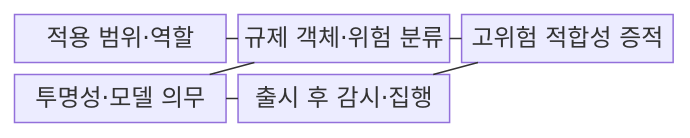
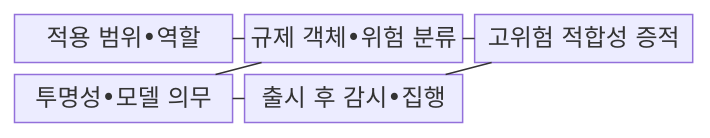
Before and after one commit to agnusdei1207/knowledge-base: the first of 2 diagrams in src/content/docs/notes/08-latest-tech/101_eu_ai_act.md, drawn with Mermaid. The commit also changed other lines of this file and 953 other files, not shown here.

````diff
--- a/src/content/docs/notes/08-latest-tech/101_eu_ai_act.md
+++ b/src/content/docs/notes/08-latest-tech/101_eu_ai_act.md
@@ -70,14 +70,14 @@
 ```mermaid
 block-beta
   columns 3
-  A["적용 범위·역할"]
-  B["규제 객체·위험 분류"]
+  A["적용 범위•역할"]
+  B["규제 객체•위험 분류"]
   C["고위험 적합성 증적"]
-  D["투명성·모델 의무"]
-  E["출시 후 감시·집행"]
+  D["투명성•모델 의무"]
+  E["출시 후 감시•집행"]
   A --- B
   B --- C
   B --- D
   C --- E
   D --- E
 ```
````
